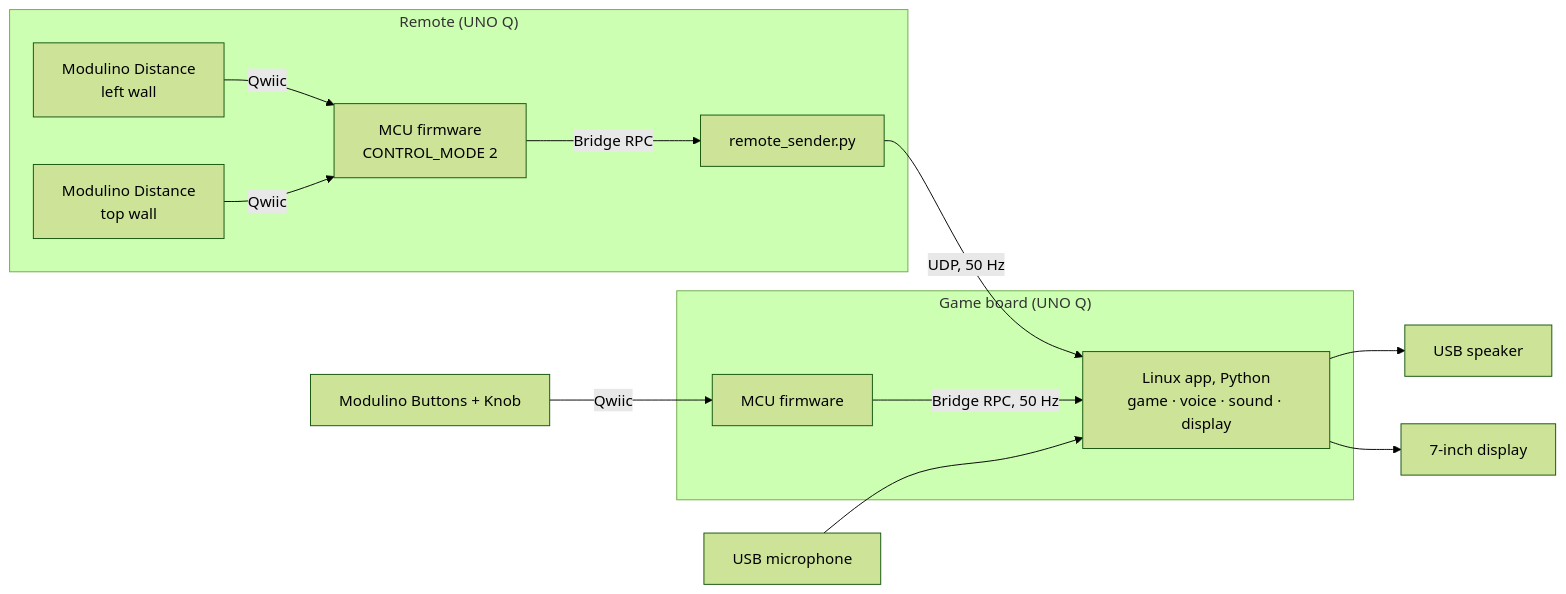
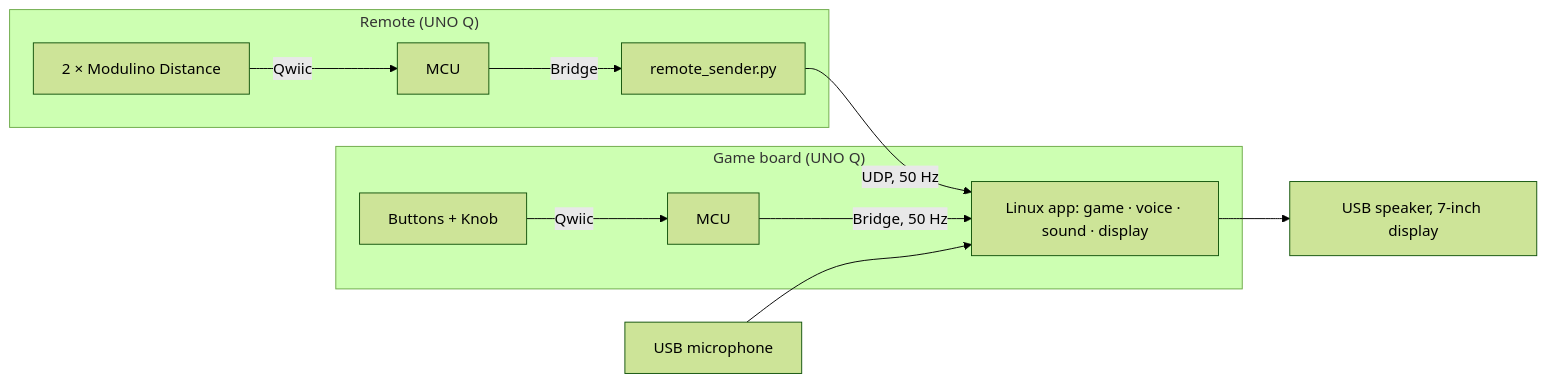
The diagram in README.md (JustCodeX/steadyHands), drawn with Mermaid (forest theme) before and after one commit. The commit also changed other lines of this file and 10 other files, not shown here.

First line of the commit message:
Submission: deliverables per the hackathon brief, MIT licence, roadmap

````diff
--- a/README.md
+++ b/README.md
@@ -42,16 +54,11 @@
 ```mermaid
 flowchart LR
   subgraph R["Remote (UNO Q)"]
-    DX["Modulino Distance<br/>left wall"] -- Qwiic --> RMCU["MCU firmware<br/>CONTROL_MODE 2"]
-    DY["Modulino Distance<br/>top wall"] -- Qwiic --> RMCU
-    RMCU -- "Bridge RPC" --> RAPP["remote_sender.py"]
+    D["2 × Modulino Distance"] -- Qwiic --> RM["MCU"] -- Bridge --> RS["remote_sender.py"]
   end
-  RAPP -- "UDP, 50 Hz" --> APP
-  BK["Modulino Buttons + Knob"] -- Qwiic --> MCU
+  RS -- "UDP, 50 Hz" --> APP
   subgraph Q["Game board (UNO Q)"]
-    MCU["MCU firmware"] -- "Bridge RPC, 50 Hz" --> APP["Linux app, Python<br/>game · voice · sound · display"]
+    BK["Buttons + Knob"] -- Qwiic --> M["MCU"] -- "Bridge, 50 Hz" --> APP["Linux app: game · voice · sound · display"]
   end
-  MIC["USB microphone"] --> APP
-  APP --> SPK["USB speaker"]
-  APP --> D["7-inch display"]
+  MIC["USB microphone"] --> APP --> OUT["USB speaker, 7-inch display"]
 ```
````
